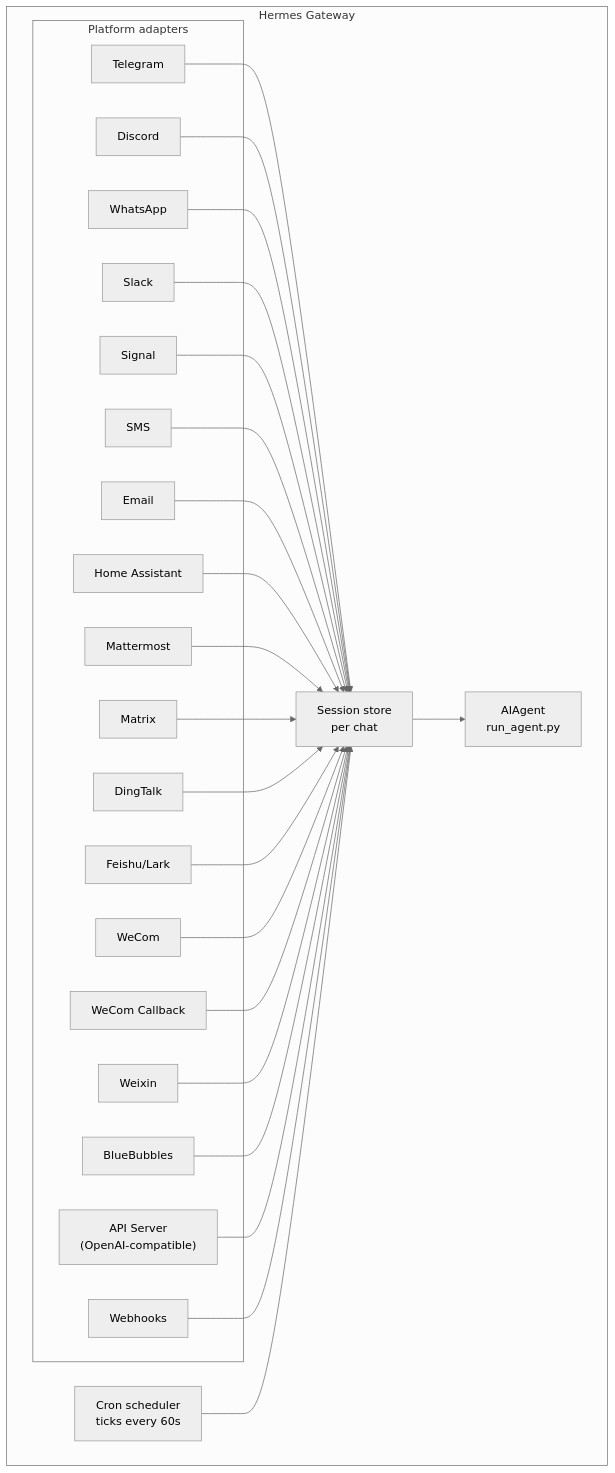
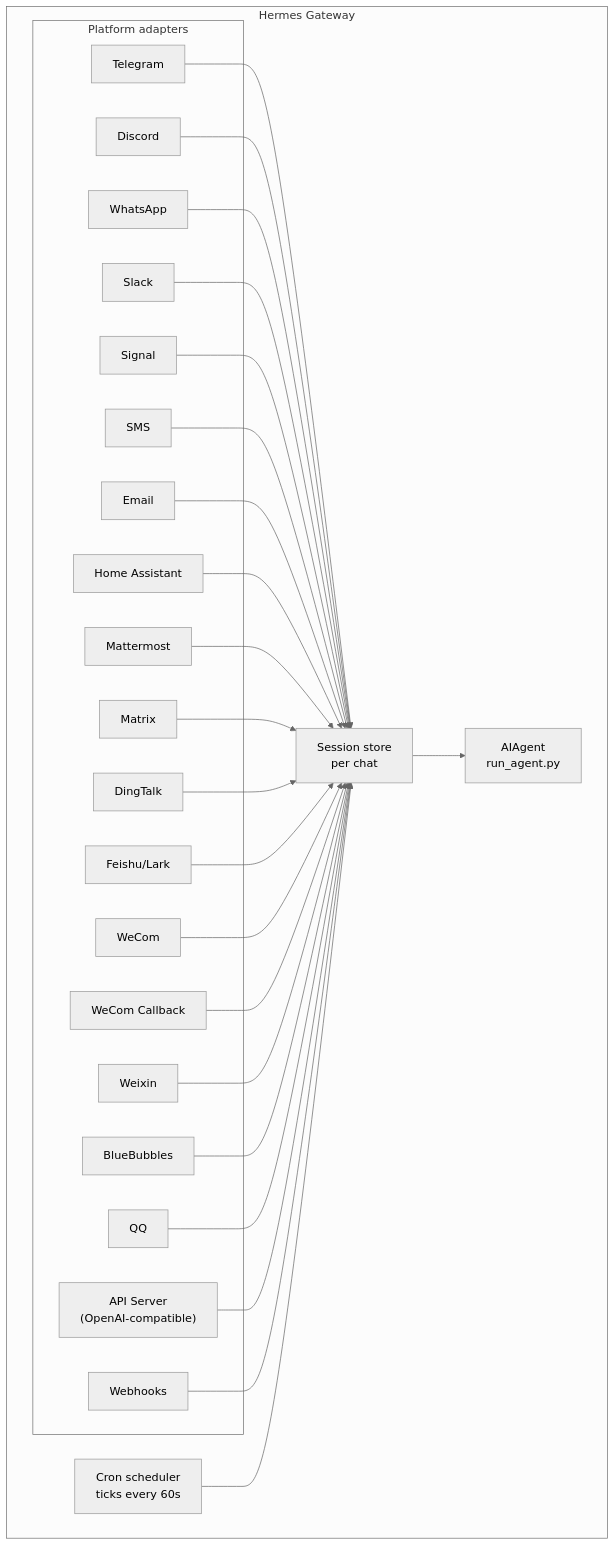
One commit to dracohu2025-cloud/hermes-agent changed the diagram in website/docs/user-guide/messaging/index.md. Above: the diagram before and after it, drawn with Mermaid (neutral theme). The commit also changed other lines of this file and 193 other files, not shown here.

````diff
--- a/website/docs/user-guide/messaging/index.md
+++ b/website/docs/user-guide/messaging/index.md
@@ -38,50 +39,52 @@
 ```mermaid
 flowchart TB
     subgraph Gateway["Hermes Gateway"]
         subgraph Adapters["Platform adapters"]
             tg[Telegram]
             dc[Discord]
             wa[WhatsApp]
             sl[Slack]
             sig[Signal]
             sms[SMS]
             em[Email]
             ha[Home Assistant]
             mm[Mattermost]
             mx[Matrix]
             dt[DingTalk]
     fs[Feishu/Lark]
     wc[WeCom]
     wcb[WeCom Callback]
     wx[Weixin]
     bb[BlueBubbles]
+    qq[QQ]
             api["API Server<br/>(OpenAI-compatible)"]
             wh[Webhooks]
         end
 
         store["Session store<br/>per chat"]
         agent["AIAgent<br/>run_agent.py"]
         cron["Cron scheduler<br/>ticks every 60s"]
     end
 
     tg --> store
     dc --> store
     wa --> store
     sl --> store
     sig --> store
     sms --> store
     em --> store
     ha --> store
     mm --> store
     mx --> store
     dt --> store
     fs --> store
     wc --> store
     wcb --> store
     wx --> store
     bb --> store
+    qq --> store
     api --> store
     wh --> store
     store --> agent
     cron --> store
 ```
````
